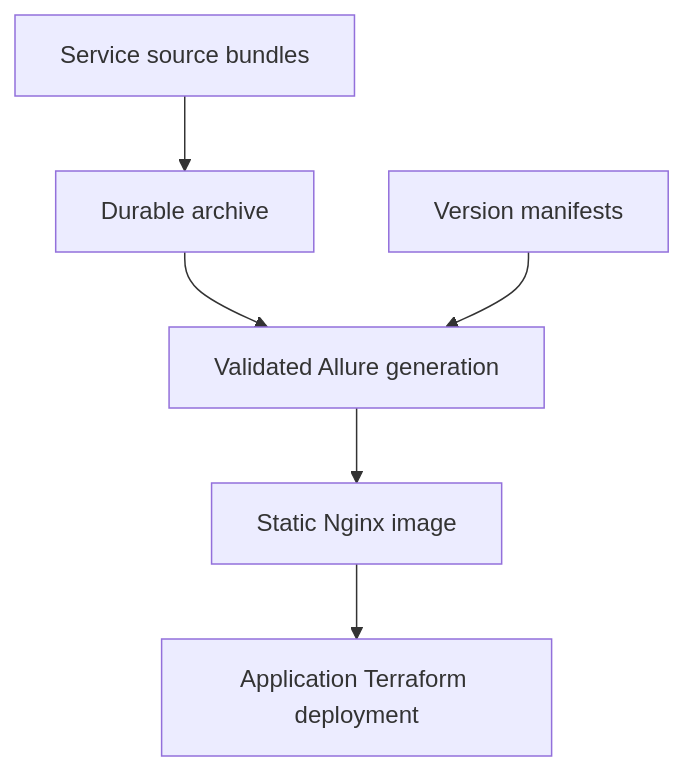
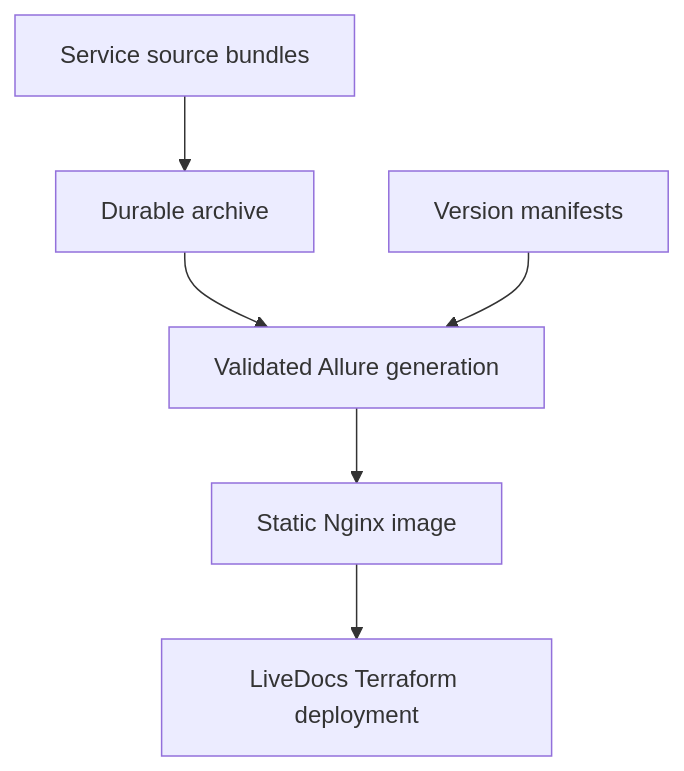
The diagram in README.md (MichalBoczula/ECommerceStore.LiveDocs), drawn with Mermaid before and after one commit. The commit also changed other lines of this file and 6 other files, not shown here.

````diff
--- a/README.md
+++ b/README.md
@@ -39,8 +40,8 @@
 ```mermaid
 flowchart TD
     Sources[Service source bundles] --> Archive[Durable archive]
     Archive --> Builder[Validated Allure generation]
     Manifests[Version manifests] --> Builder
     Builder --> Image[Static Nginx image]
-    Image --> Deployment[Application Terraform deployment]
+    Image --> Deployment[LiveDocs Terraform deployment]
 ```
````
